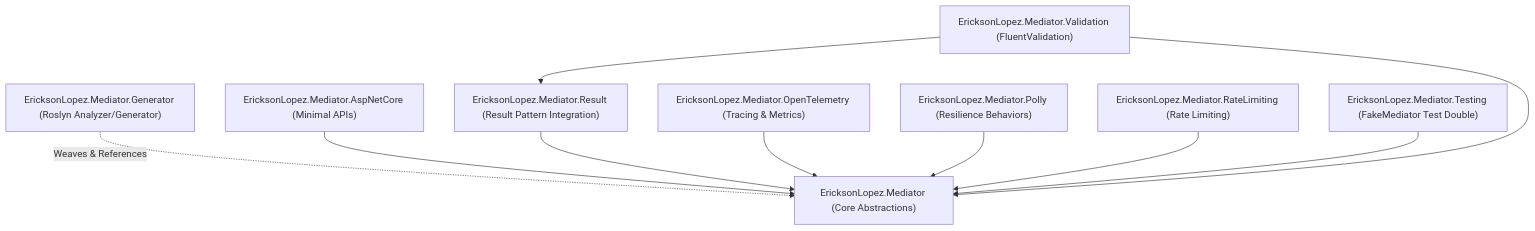
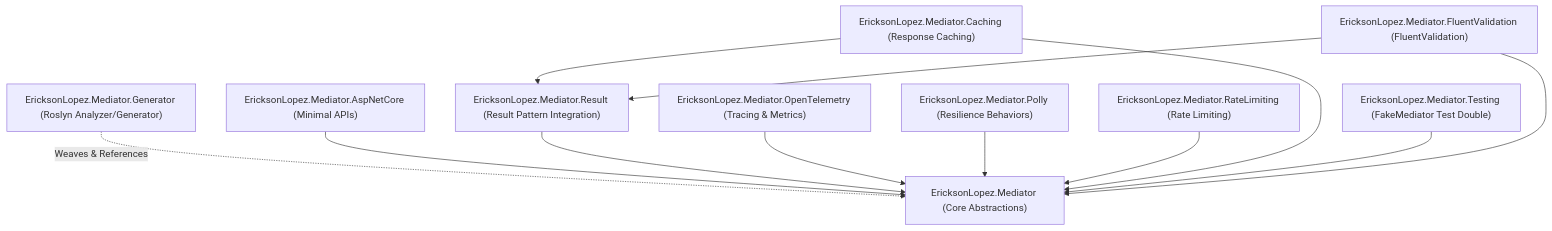
One commit to ericksonlopezf/dotnet-mediator changed the second of 8 diagrams in docs/architecture.md. Above: the diagram before and after it, drawn with Mermaid. The commit also changed other lines of this file and 216 other files, not shown here.

````diff
--- a/docs/architecture.md
+++ b/docs/architecture.md
@@ -29,13 +29,15 @@
 ```mermaid
 graph TD
     Core["EricksonLopez.Mediator (Core Abstractions)"]
     Generator["EricksonLopez.Mediator.Generator (Roslyn Analyzer/Generator)"] -.->|Weaves & References| Core
     AspNetCore["EricksonLopez.Mediator.AspNetCore (Minimal APIs)"] --> Core
     ResultPkg["EricksonLopez.Mediator.Result (Result Pattern Integration)"] --> Core
     OTel["EricksonLopez.Mediator.OpenTelemetry (Tracing & Metrics)"] --> Core
     Polly["EricksonLopez.Mediator.Polly (Resilience Behaviors)"] --> Core
     RateLimit["EricksonLopez.Mediator.RateLimiting (Rate Limiting)"] --> Core
+    Caching["EricksonLopez.Mediator.Caching (Response Caching)"] --> Core
+    Caching --> ResultPkg
     Testing["EricksonLopez.Mediator.Testing (FakeMediator Test Double)"] --> Core
-    Validation["EricksonLopez.Mediator.Validation (FluentValidation)"] --> Core
+    Validation["EricksonLopez.Mediator.FluentValidation (FluentValidation)"] --> Core
     Validation --> ResultPkg
 ```
````
